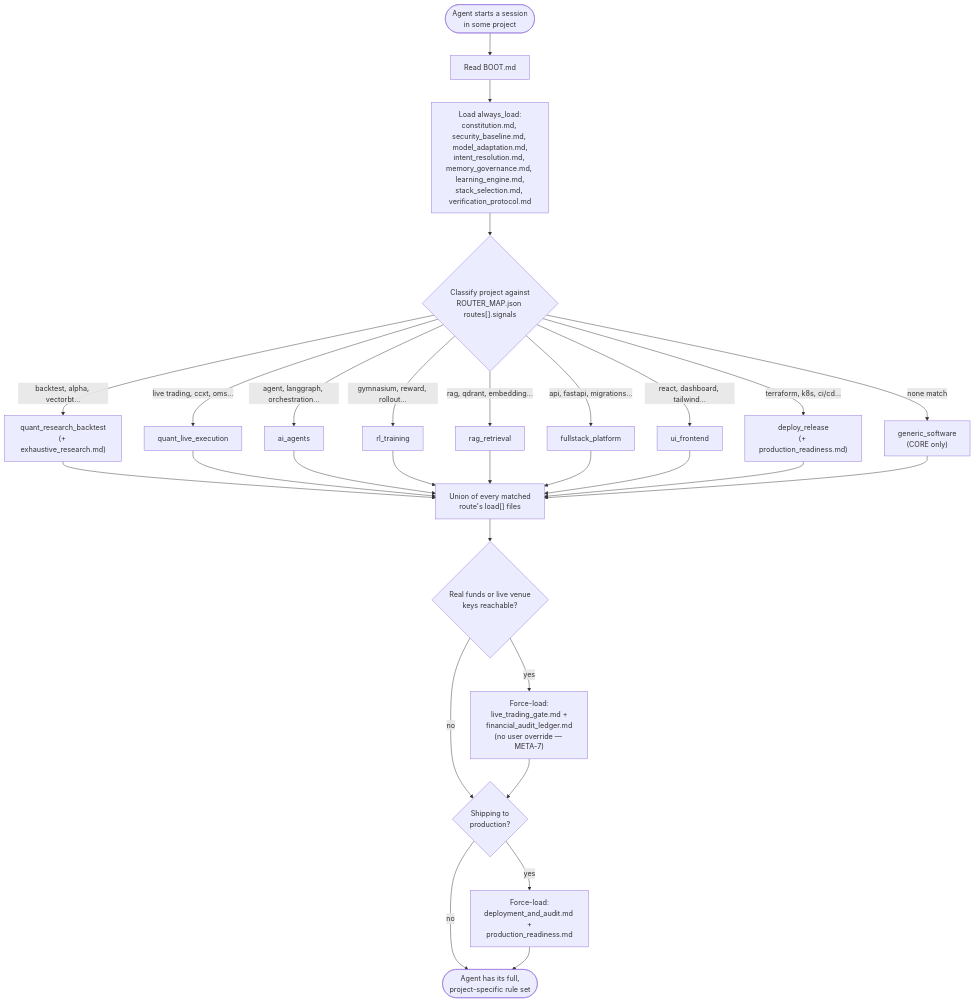
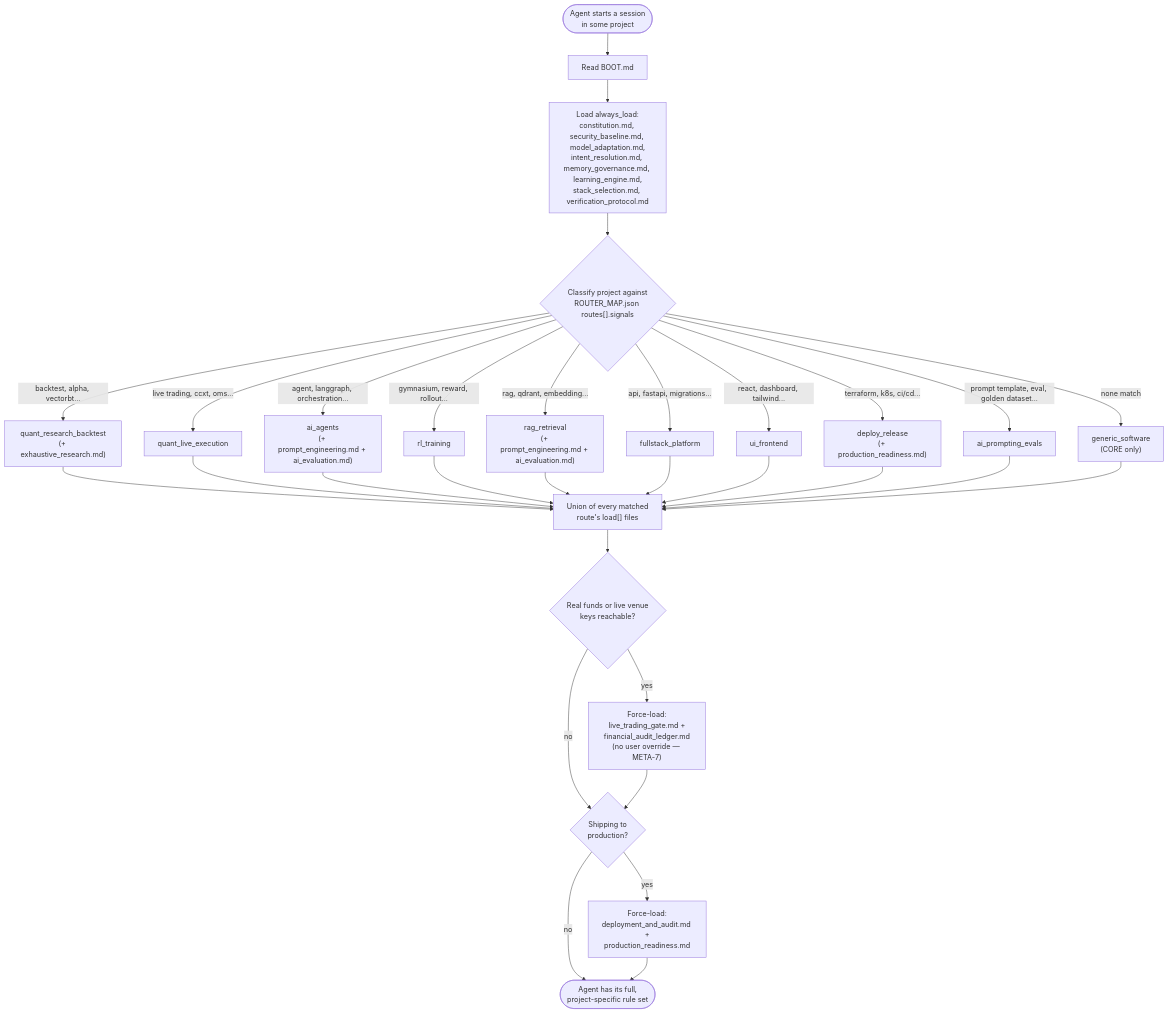
One commit to Aditya-7117/AEQ-OS changed the first of 3 diagrams in docs/ARCHITECTURE.md. Above: the diagram before and after it, drawn with Mermaid. The commit also changed other lines of this file and 6 other files, not shown here.

````diff
--- a/docs/ARCHITECTURE.md
+++ b/docs/ARCHITECTURE.md
@@ -26,28 +26,29 @@
 ```mermaid
 flowchart TD
     Start(["Agent starts a session\nin some project"]) --> Boot["Read BOOT.md"]
     Boot --> Always["Load always_load:\nconstitution.md, security_baseline.md, model_adaptation.md,\nintent_resolution.md, memory_governance.md, learning_engine.md,\nstack_selection.md, verification_protocol.md"]
     Always --> Classify{"Classify project against\nROUTER_MAP.json routes[].signals"}
 
     Classify -->|"backtest, alpha, vectorbt..."| R1["quant_research_backtest\n(+ exhaustive_research.md)"]
     Classify -->|"live trading, ccxt, oms..."| R2["quant_live_execution"]
-    Classify -->|"agent, langgraph, orchestration..."| R3["ai_agents"]
+    Classify -->|"agent, langgraph, orchestration..."| R3["ai_agents\n(+ prompt_engineering.md + ai_evaluation.md)"]
     Classify -->|"gymnasium, reward, rollout..."| R4["rl_training"]
-    Classify -->|"rag, qdrant, embedding..."| R5["rag_retrieval"]
+    Classify -->|"rag, qdrant, embedding..."| R5["rag_retrieval\n(+ prompt_engineering.md + ai_evaluation.md)"]
     Classify -->|"api, fastapi, migrations..."| R6["fullstack_platform"]
     Classify -->|"react, dashboard, tailwind..."| R7["ui_frontend"]
     Classify -->|"terraform, k8s, ci/cd..."| R8["deploy_release\n(+ production_readiness.md)"]
+    Classify -->|"prompt template, eval, golden dataset..."| R10["ai_prompting_evals"]
     Classify -->|"none match"| R9["generic_software\n(CORE only)"]
 
-    R1 & R2 & R3 & R4 & R5 & R6 & R7 & R8 --> Union["Union of every matched\nroute's load[] files"]
+    R1 & R2 & R3 & R4 & R5 & R6 & R7 & R8 & R10 --> Union["Union of every matched\nroute's load[] files"]
     R9 --> Union
 
     Union --> HardCheck{"Real funds or live venue\nkeys reachable?"}
     HardCheck -->|yes| Force1["Force-load:\nlive_trading_gate.md +\nfinancial_audit_ledger.md\n(no user override — META-7)"]
     HardCheck -->|no| DeployCheck
 
     Force1 --> DeployCheck{"Shipping to\nproduction?"}
     DeployCheck -->|yes| Force2["Force-load:\ndeployment_and_audit.md +\nproduction_readiness.md"]
     DeployCheck -->|no| Ready
     Force2 --> Ready(["Agent has its full,\nproject-specific rule set"])
 ```
````
